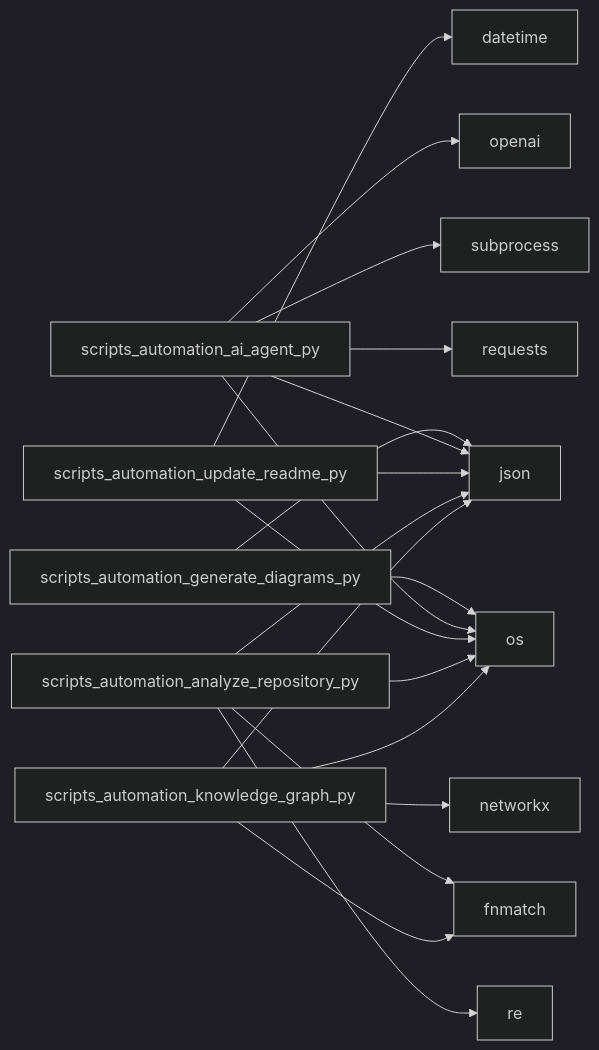
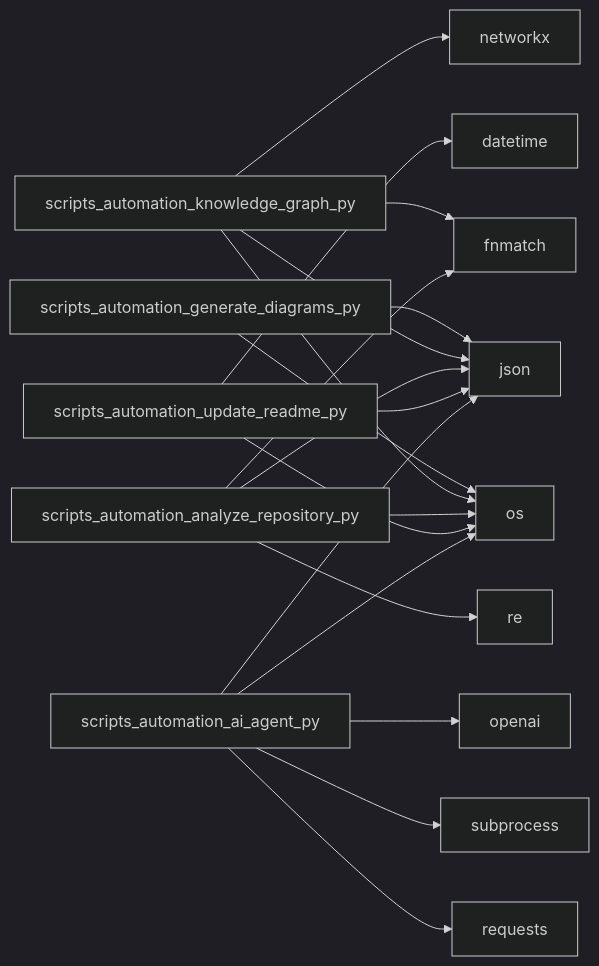
Before and after one commit to NITISH-R-G/FUTURE_DS_01: the second of 2 diagrams in README.md, drawn with Mermaid (dark theme). The commit also changed other lines of this file and 3 other files, not shown here.

Commit message:
docs: auto-update repository state and diagrams [skip auto]

````diff
--- a/README.md
+++ b/README.md
@@ -39,21 +39,21 @@
 ```mermaid
 graph LR;
     scripts_automation_generate_diagrams_py --> json;
     scripts_automation_generate_diagrams_py --> os;
+    scripts_automation_knowledge_graph_py --> os;
+    scripts_automation_knowledge_graph_py --> json;
+    scripts_automation_knowledge_graph_py --> networkx;
+    scripts_automation_knowledge_graph_py --> fnmatch;
+    scripts_automation_analyze_repository_py --> os;
+    scripts_automation_analyze_repository_py --> json;
+    scripts_automation_analyze_repository_py --> fnmatch;
+    scripts_automation_analyze_repository_py --> re;
+    scripts_automation_update_readme_py --> json;
+    scripts_automation_update_readme_py --> os;
+    scripts_automation_update_readme_py --> datetime;
     scripts_automation_ai_agent_py --> os;
     scripts_automation_ai_agent_py --> requests;
     scripts_automation_ai_agent_py --> json;
     scripts_automation_ai_agent_py --> subprocess;
     scripts_automation_ai_agent_py --> openai;
-    scripts_automation_update_readme_py --> json;
-    scripts_automation_update_readme_py --> os;
-    scripts_automation_update_readme_py --> datetime;
-    scripts_automation_analyze_repository_py --> os;
-    scripts_automation_analyze_repository_py --> json;
-    scripts_automation_analyze_repository_py --> fnmatch;
-    scripts_automation_analyze_repository_py --> re;
-    scripts_automation_knowledge_graph_py --> os;
-    scripts_automation_knowledge_graph_py --> json;
-    scripts_automation_knowledge_graph_py --> networkx;
-    scripts_automation_knowledge_graph_py --> fnmatch;
 ```
````
